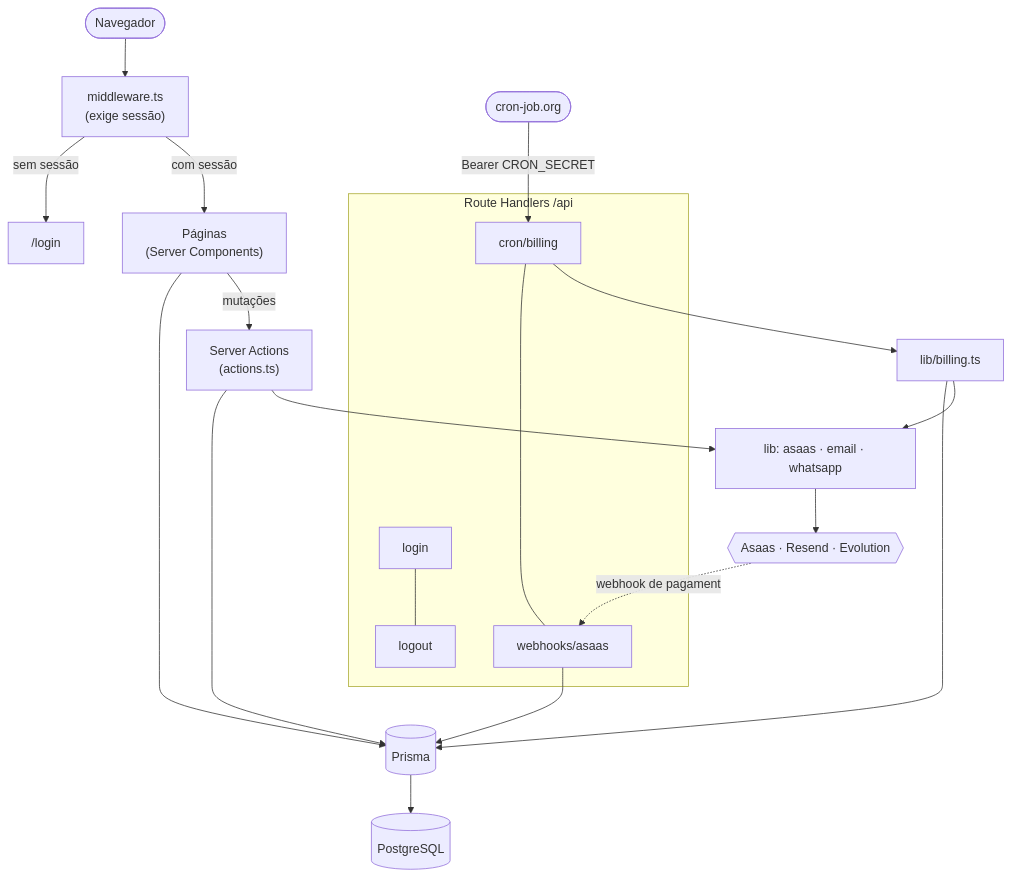
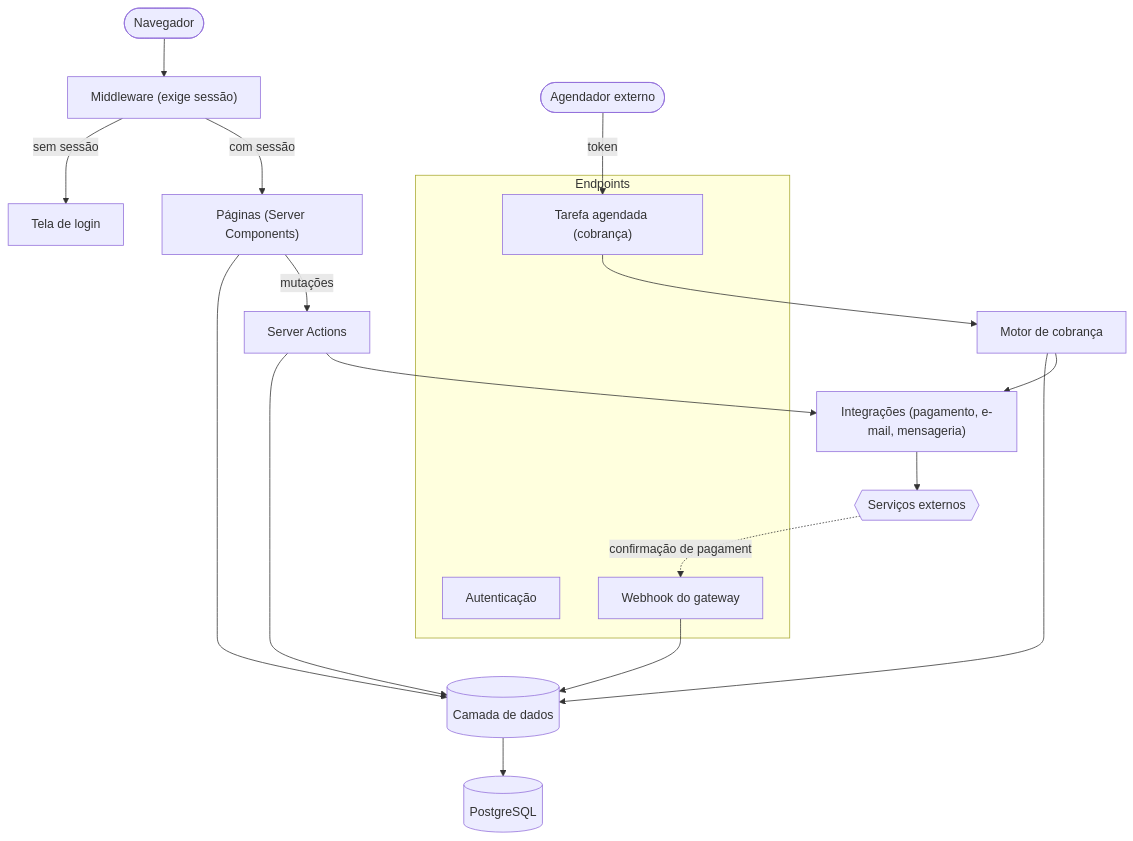
One commit to gestalizesystems/gestalize-finance changed the first of 3 diagrams in docs/ARQUITETURA.md. Above: the diagram before and after it, drawn with Mermaid. The commit also changed other lines of this file and 9 other files, not shown here.

````diff
--- a/docs/ARQUITETURA.md
+++ b/docs/ARQUITETURA.md
@@ -21,24 +11,25 @@
 ```mermaid
 flowchart TD
-    User([Navegador]) --> MW["middleware.ts<br/>(exige sessão)"]
-    MW -->|sem sessão| Login["/login"]
-    MW -->|com sessão| Pages["Páginas<br/>(Server Components)"]
-    Pages --> Prisma[(Prisma)]
-    Pages -->|mutações| Actions["Server Actions<br/>(actions.ts)"]
-    Actions --> Prisma
-    Prisma --> DB[(PostgreSQL)]
+    User([Navegador]) --> MW["Middleware (exige sessão)"]
+    MW -->|sem sessão| Login["Tela de login"]
+    MW -->|com sessão| Pages["Páginas (Server Components)"]
+    Pages --> Data[(Camada de dados)]
+    Pages -->|mutações| Actions["Server Actions"]
+    Actions --> Data
+    Data --> DB[(PostgreSQL)]
 
-    subgraph API["Route Handlers /api"]
-      LoginAPI[login] --- LogoutAPI[logout]
-      Cron["cron/billing"] --- Webhook["webhooks/asaas"]
+    subgraph API["Endpoints"]
+      Auth["Autenticação"]
+      Scheduled["Tarefa agendada (cobrança)"]
+      Webhook["Webhook do gateway"]
     end
 
-    Cronjob(["cron-job.org"]) -->|Bearer CRON_SECRET| Cron
-    Cron --> Billing["lib/billing.ts"]
-    Billing --> Prisma
-    Actions --> Libs["lib: asaas · email · whatsapp"]
-    Billing --> Libs
-    Webhook --> Prisma
-    Libs --> Ext{{"Asaas · Resend · Evolution"}}
-    Ext -.webhook de pagamento.-> Webhook
+    Agendador(["Agendador externo"]) -->|token| Scheduled
+    Scheduled --> Billing["Motor de cobrança"]
+    Billing --> Data
+    Actions --> Integr["Integrações (pagamento, e-mail, mensageria)"]
+    Billing --> Integr
+    Webhook --> Data
+    Integr --> Ext{{"Serviços externos"}}
+    Ext -.confirmação de pagamento.-> Webhook
 ```
````
